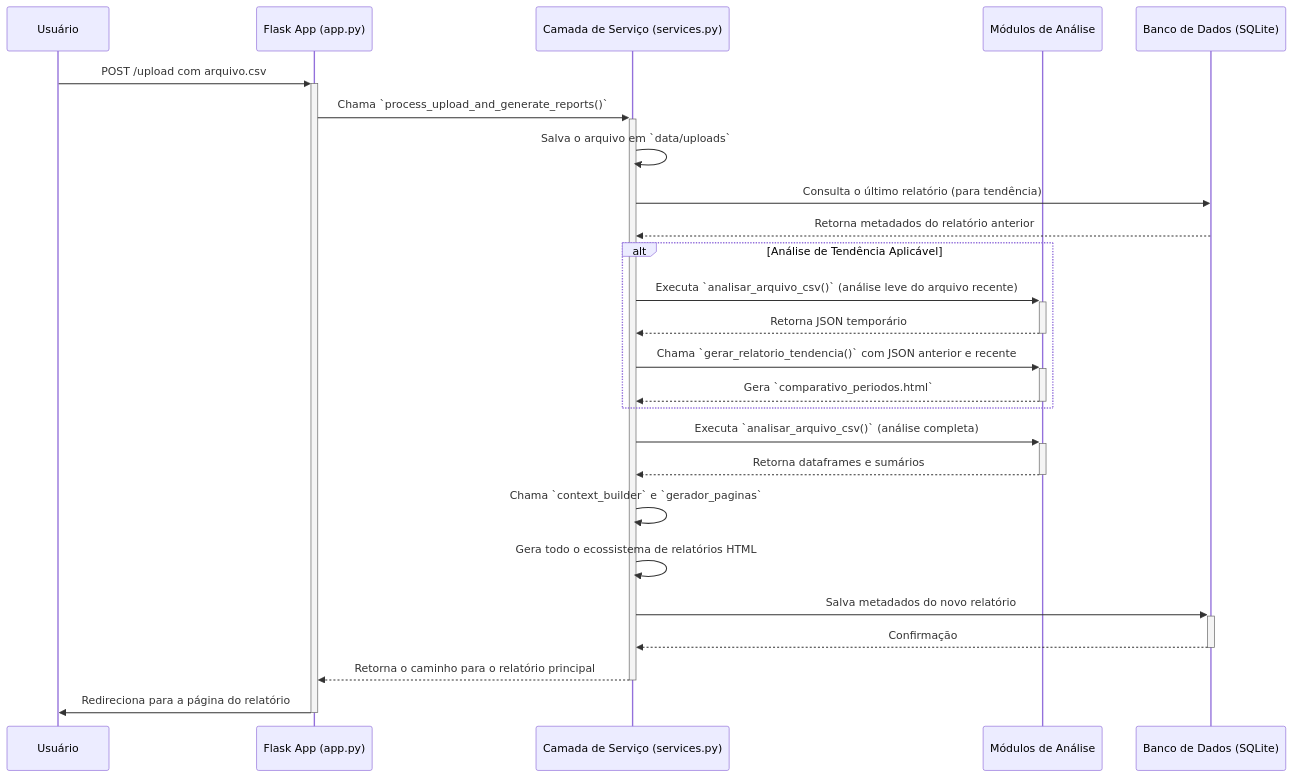
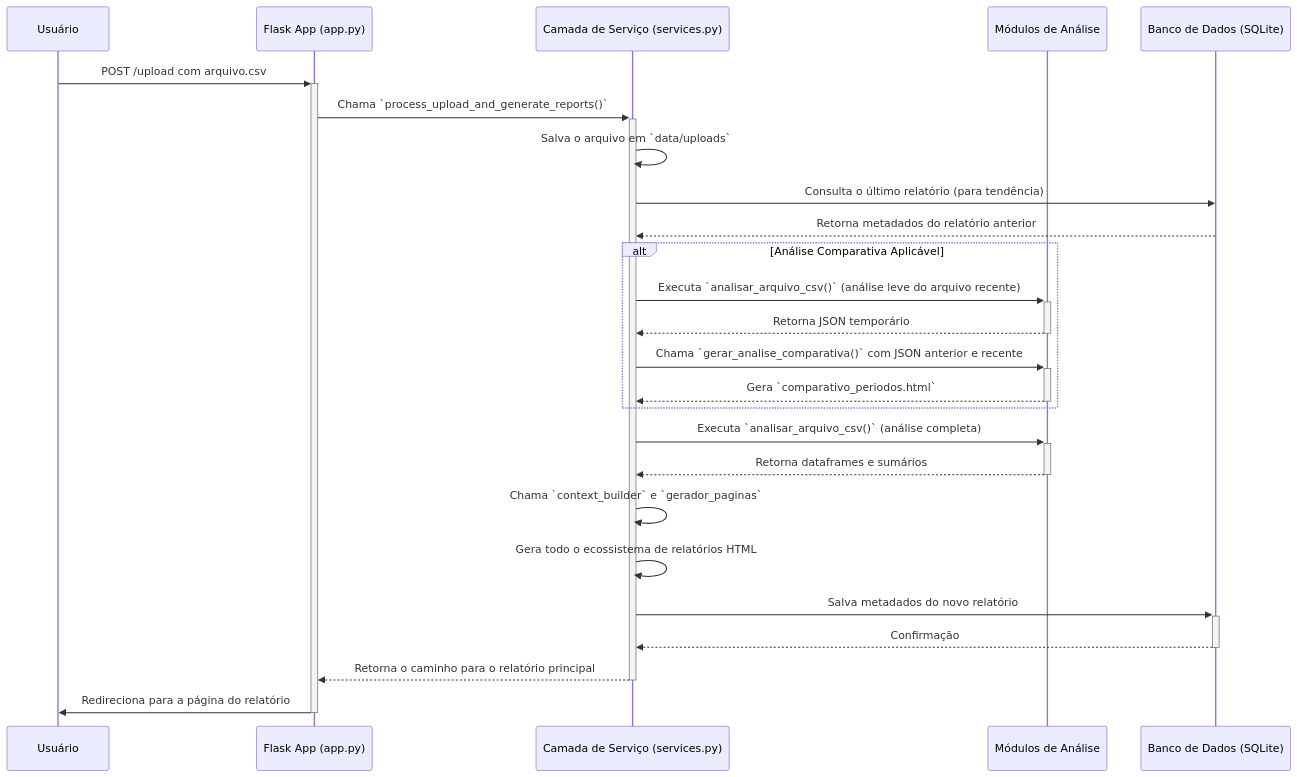
One commit to leonardosete/meu-dash changed the second of 2 diagrams in ARCHITECTURE.md. Above: the diagram before and after it, drawn with Mermaid. The commit also changed 20 other files, not shown here.

````diff
--- a/ARCHITECTURE.md
+++ b/ARCHITECTURE.md
@@ -62,32 +62,32 @@
 ```mermaid
 sequenceDiagram
     participant User as Usuário
     participant App as Flask App (app.py)
     participant Service as Camada de Serviço (services.py)
     participant Analysis as Módulos de Análise
     participant DB as Banco de Dados (SQLite)
 
     User->>+App: POST /upload com arquivo.csv
     App->>+Service: Chama `process_upload_and_generate_reports()`
     Service->>Service: Salva o arquivo em `data/uploads`
     Service->>DB: Consulta o último relatório (para tendência)
     DB-->>Service: Retorna metadados do relatório anterior
     
-    alt Análise de Tendência Aplicável
+    alt Análise Comparativa Aplicável
         Service->>+Analysis: Executa `analisar_arquivo_csv()` (análise leve do arquivo recente)
         Analysis-->>-Service: Retorna JSON temporário
-        Service->>+Analysis: Chama `gerar_relatorio_tendencia()` com JSON anterior e recente
+        Service->>+Analysis: Chama `gerar_analise_comparativa()` com JSON anterior e recente
         Analysis-->>-Service: Gera `comparativo_periodos.html`
     end
 
     Service->>+Analysis: Executa `analisar_arquivo_csv()` (análise completa)
     Analysis-->>-Service: Retorna dataframes e sumários
     Service->>Service: Chama `context_builder` e `gerador_paginas`
     Service->>Service: Gera todo o ecossistema de relatórios HTML
     
     Service->>+DB: Salva metadados do novo relatório
     DB-->>-Service: Confirmação
     
     Service-->>-App: Retorna o caminho para o relatório principal
     App->>-User: Redireciona para a página do relatório
 ```
````
